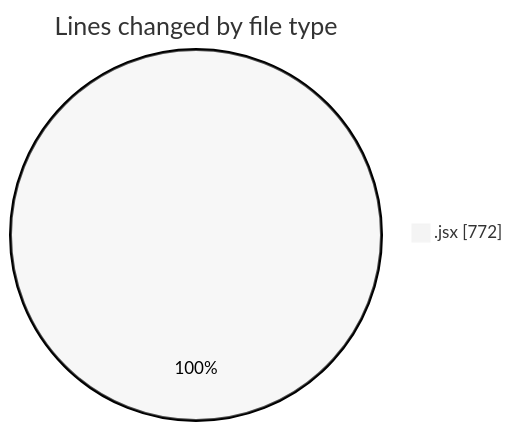
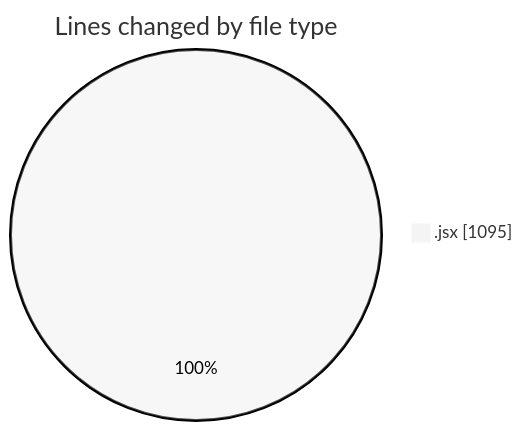
Before and after one commit to nxtqubesakshisongat/code-tracking: the first of 2 diagrams in 2025-09-09/nxtqube_webapp/README.md, drawn with Mermaid (neutral theme). The commit also changed other lines of this file and 1 other file, not shown here.

````diff
--- a/2025-09-09/nxtqube_webapp/README.md
+++ b/2025-09-09/nxtqube_webapp/README.md
@@ -20,5 +21,5 @@
 ```mermaid
 pie showData
 title Lines changed by file type
-".jsx" : 772
+".jsx" : 1095
 ```
````
